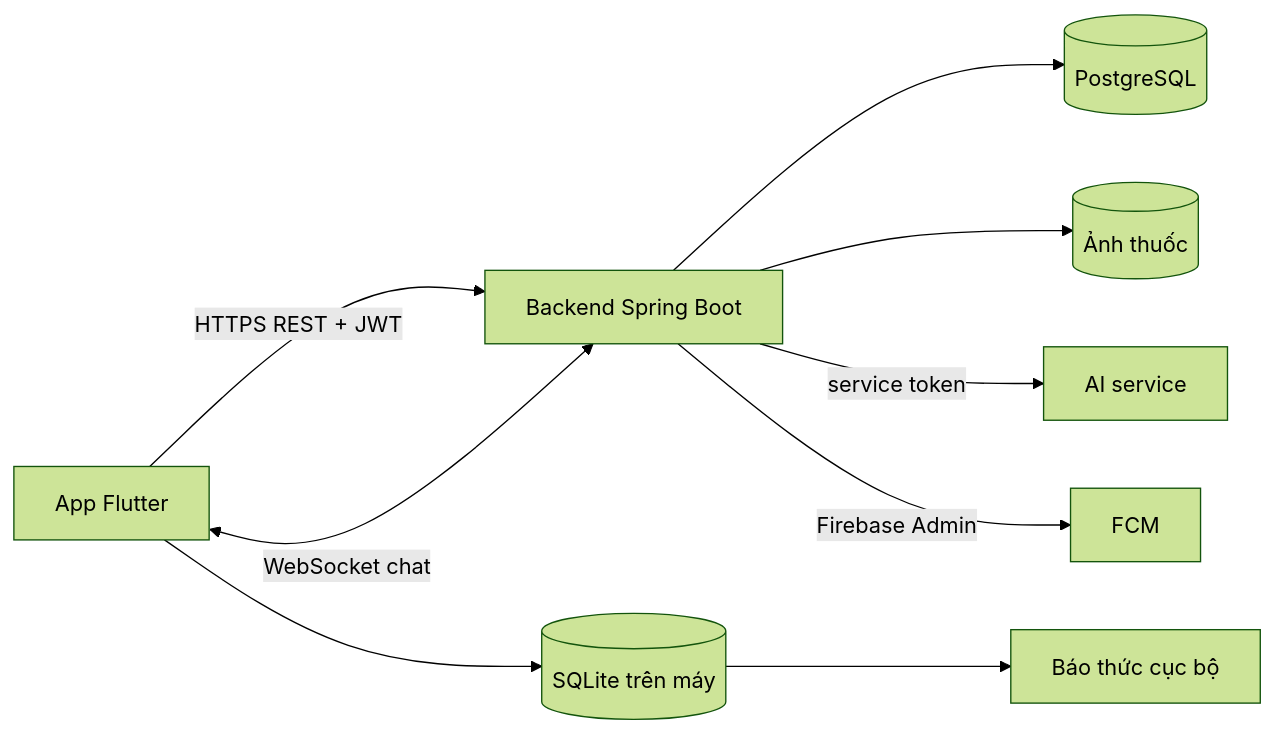
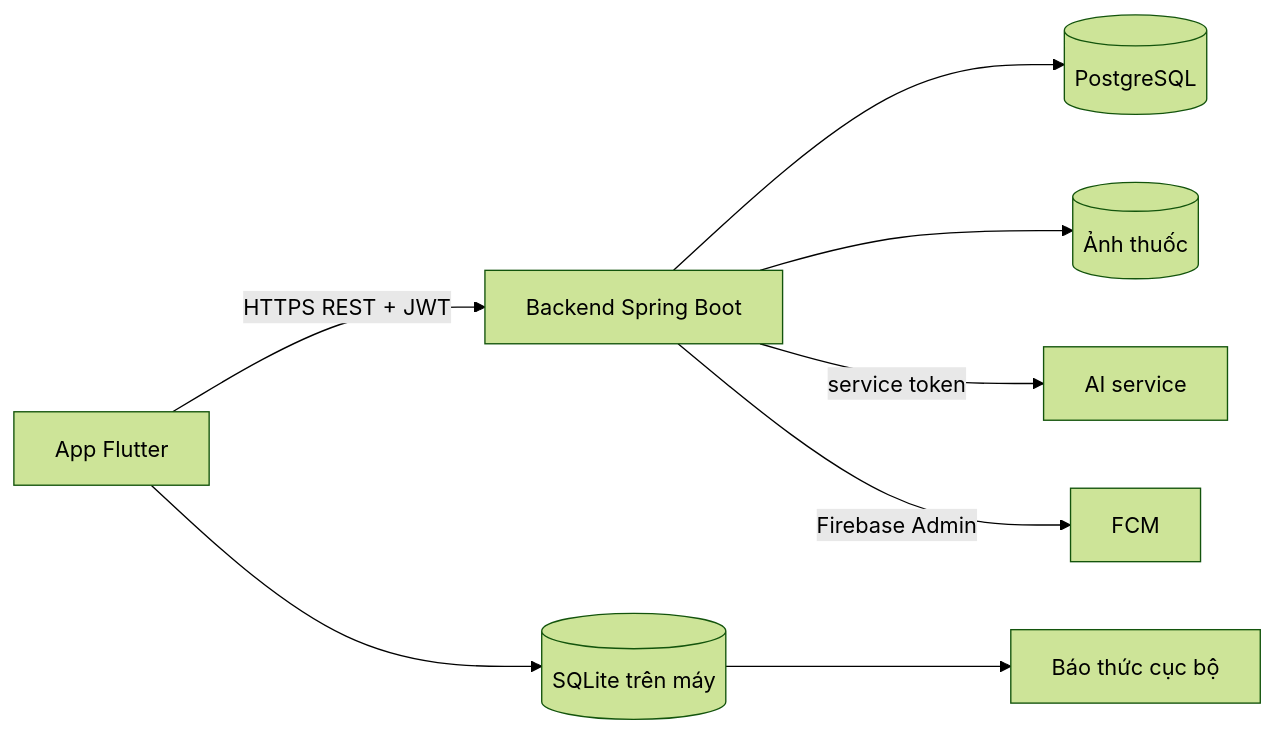
One commit to tien15092005/an-tam changed the diagram in README.md. Above: the diagram before and after it, drawn with Mermaid (forest theme). The commit also changed other lines of this file and 80 other files, not shown here.

````diff
--- a/README.md
+++ b/README.md
@@ -23,10 +23,9 @@
 ```mermaid
 flowchart LR
   A[App Flutter] -->|HTTPS REST + JWT| B[Backend Spring Boot]
-  A <-->|WebSocket chat| B
   B --> C[(PostgreSQL)]
   B --> M[(Ảnh thuốc)]
   B -->|service token| D[AI service]
   B -->|Firebase Admin| E[FCM]
   A --> F[(SQLite trên máy)] --> G[Báo thức cục bộ]
 ```
````
